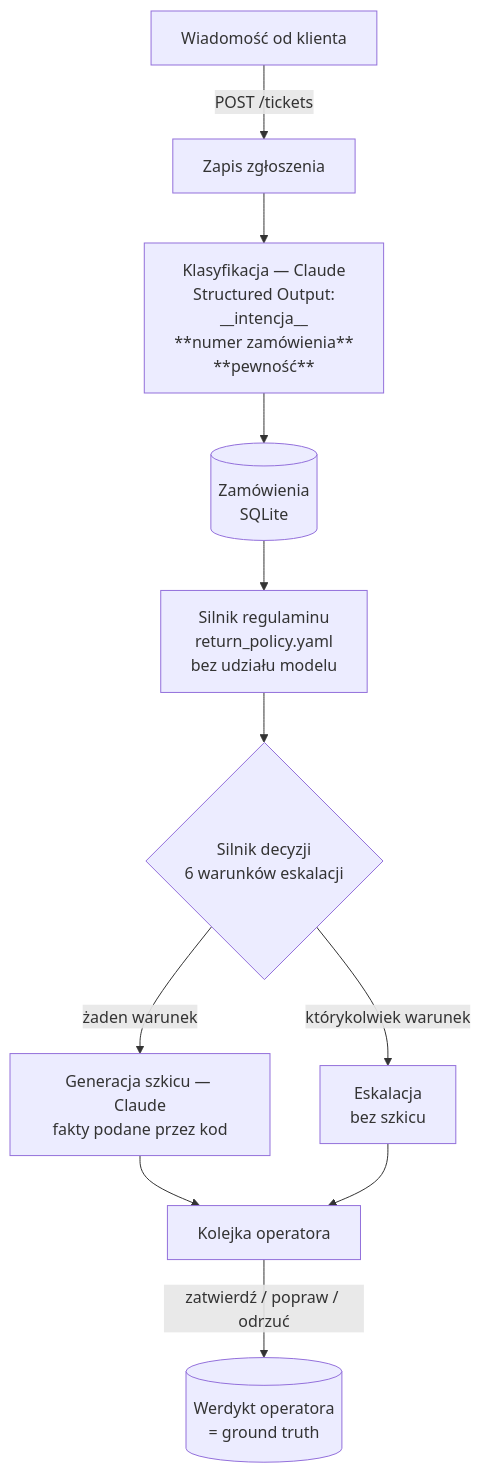
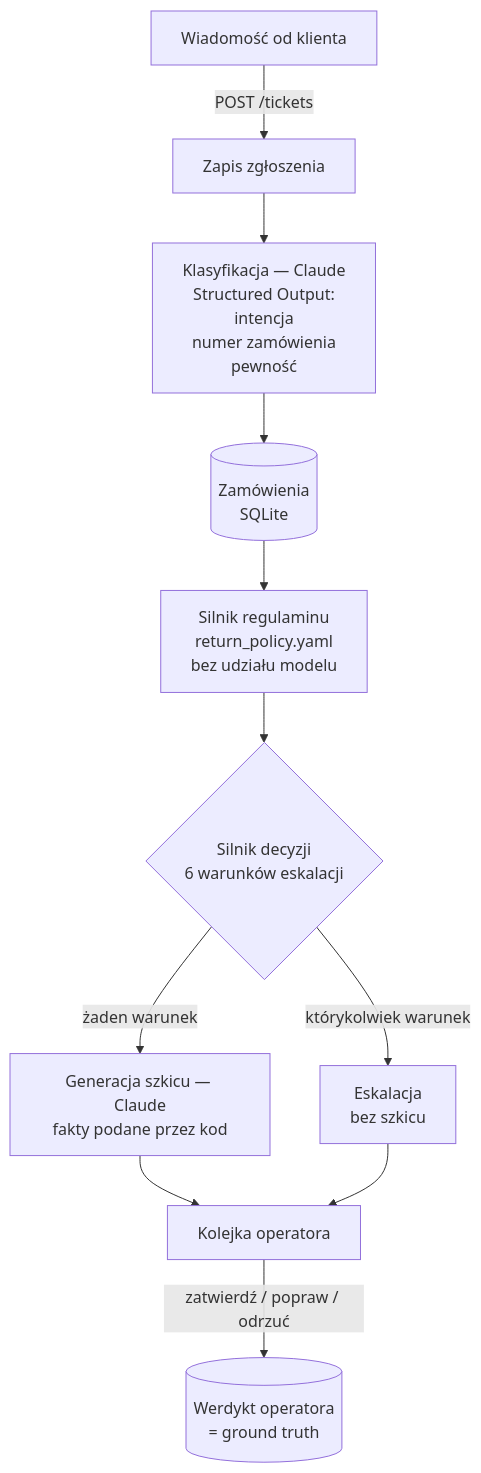
Before and after one commit to comitme/ai-analizator-zgloszen: the first of 2 diagrams in README.md, drawn with Mermaid.

Commit message:
Refine structured output in flowchart
Updated the structured output format in the flowchart.

````diff
--- a/README.md
+++ b/README.md
@@ -78,13 +78,13 @@
 ```mermaid
 flowchart TD
     K["Wiadomość od klienta"] -->|"POST /tickets"| S["Zapis zgłoszenia<br/>"]
-    S --> C["Klasyfikacja — Claude<br/>Structured Output: <br/>__intencja__<br/>**numer zamówienia**<br/>**pewność**"]
+    S --> C["Klasyfikacja — Claude<br/>Structured Output: <br/>intencja<br/>numer zamówienia<br/>pewność"]
     C --> O[("Zamówienia<br/>SQLite")]
     O --> P["Silnik regulaminu<br/>return_policy.yaml<br/>bez udziału modelu"]
     P --> D{"Silnik decyzji<br/>6 warunków eskalacji"}
     D -->|"żaden warunek"| G["Generacja szkicu — Claude<br/>fakty podane przez kod"]
     D -->|"którykolwiek warunek"| E["Eskalacja<br/>bez szkicu"]
     G --> Q["Kolejka operatora"]
     E --> Q
     Q -->|"zatwierdź / popraw / odrzuć"| F[("Werdykt operatora<br/>= ground truth")]
 ```
````
